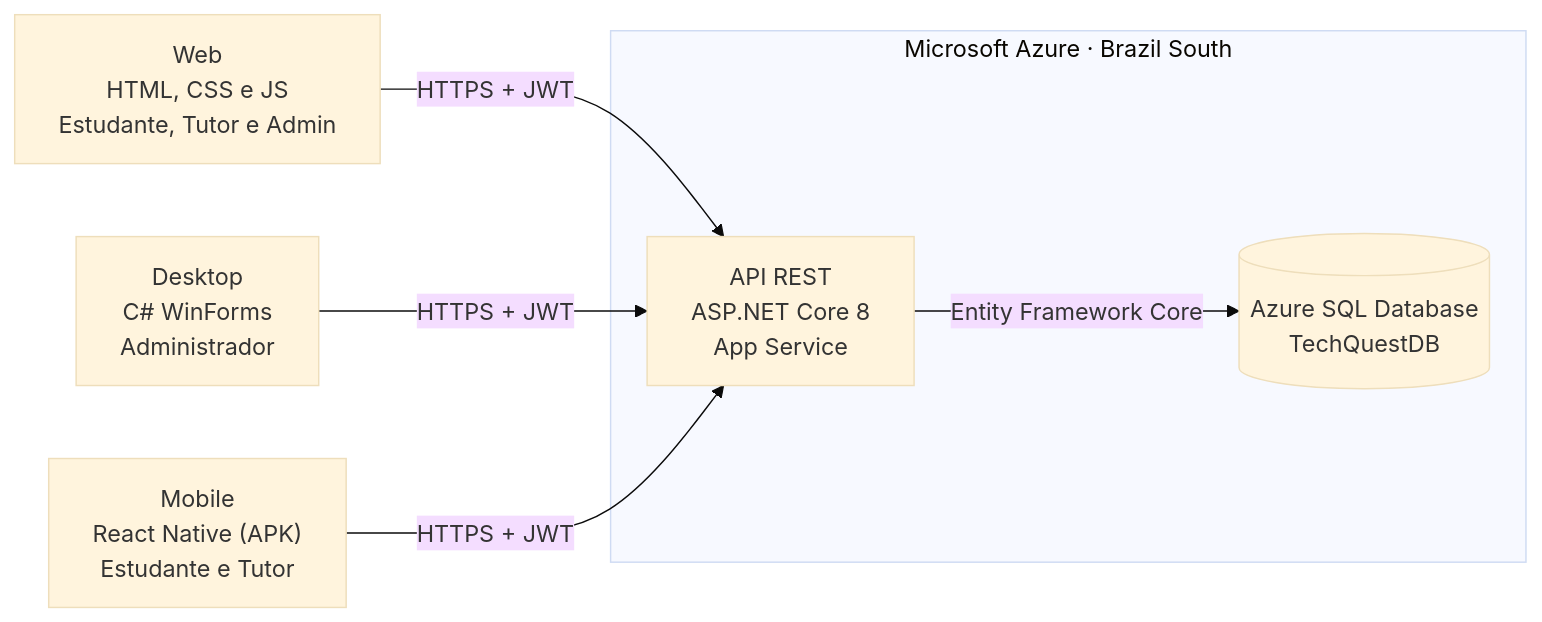
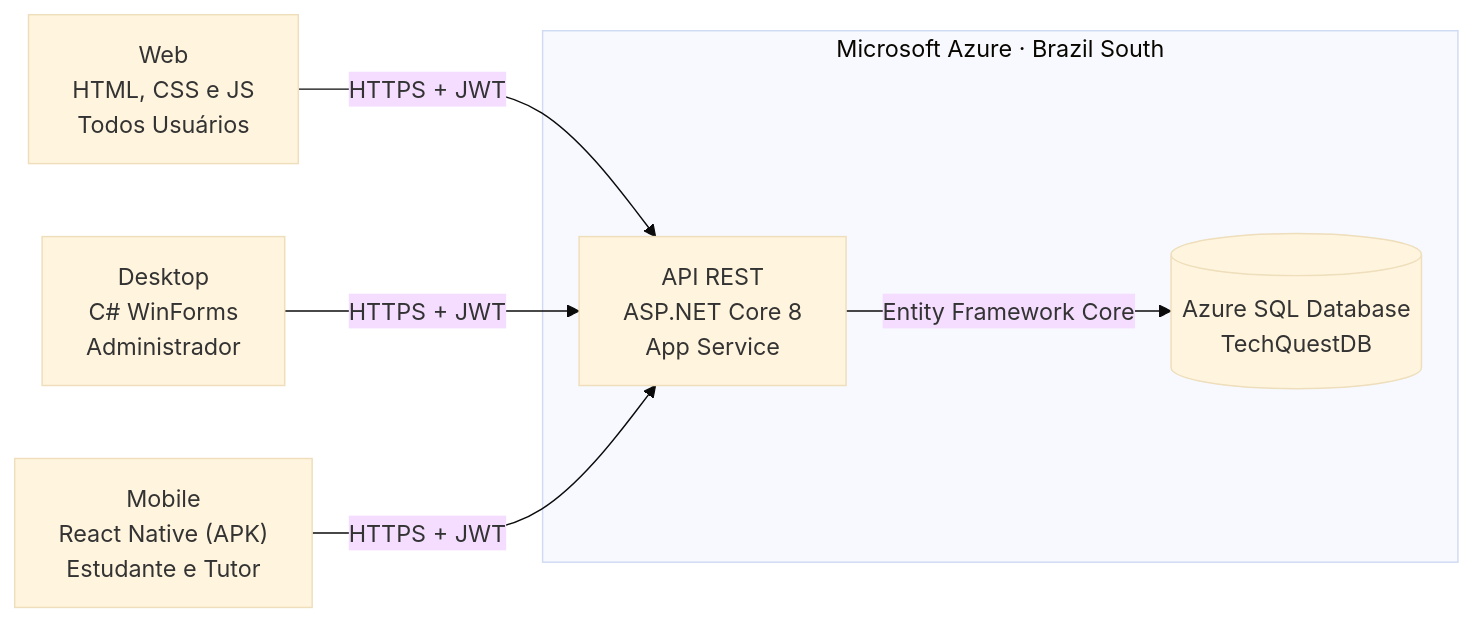
One commit to WillSennaa/Pim-4 changed the diagram in README.md. Above: the diagram before and after it, drawn with Mermaid (base theme).

Commit message:
ajustes no readme

````diff
--- a/README.md
+++ b/README.md
@@ -23,14 +23,14 @@
 ```mermaid
 flowchart LR
-    W["Web<br/>HTML, CSS e JS<br/>Estudante, Tutor e Admin"]
+    W["Web<br/>HTML, CSS e JS<br/>Todos Usuários"]
     D["Desktop<br/>C# WinForms<br/>Administrador"]
     M["Mobile<br/>React Native (APK)<br/>Estudante e Tutor"]
     subgraph Azure["Microsoft Azure · Brazil South"]
         A["API REST<br/>ASP.NET Core 8<br/>App Service"]
         B[("Azure SQL Database<br/>TechQuestDB")]
     end
     W -- "HTTPS + JWT" --> A
     D -- "HTTPS + JWT" --> A
     M -- "HTTPS + JWT" --> A
     A -- "Entity Framework Core" --> B
 ```
````
